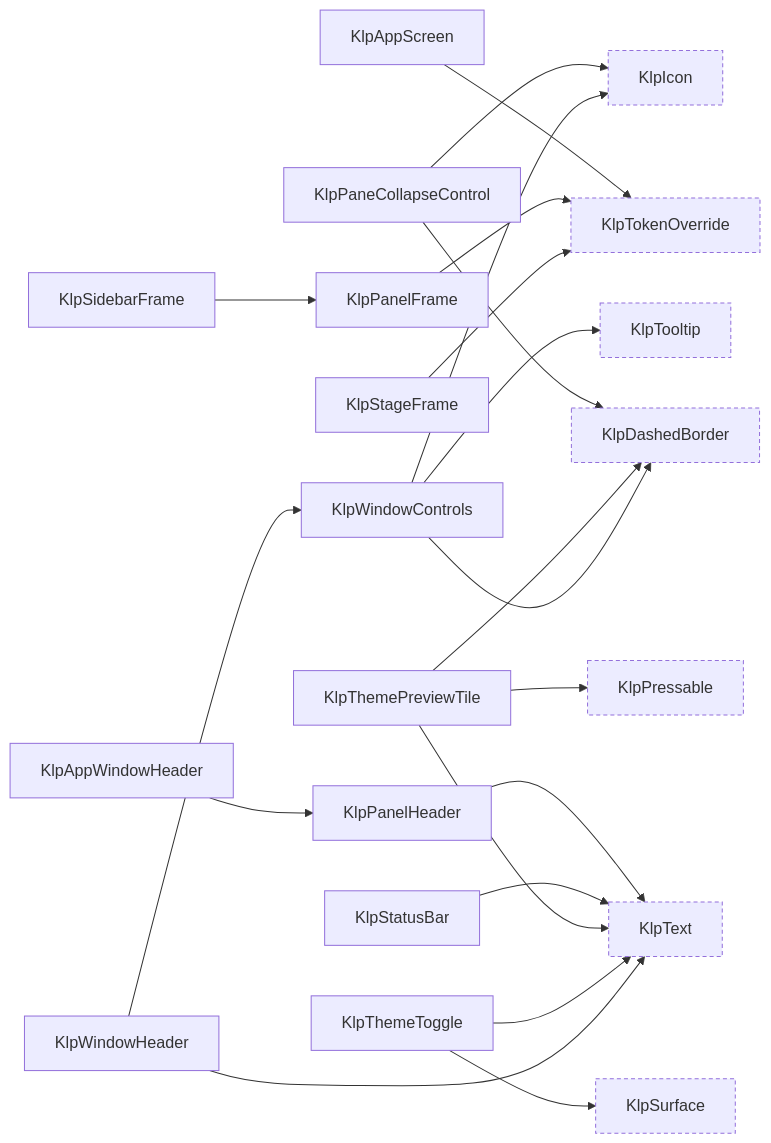
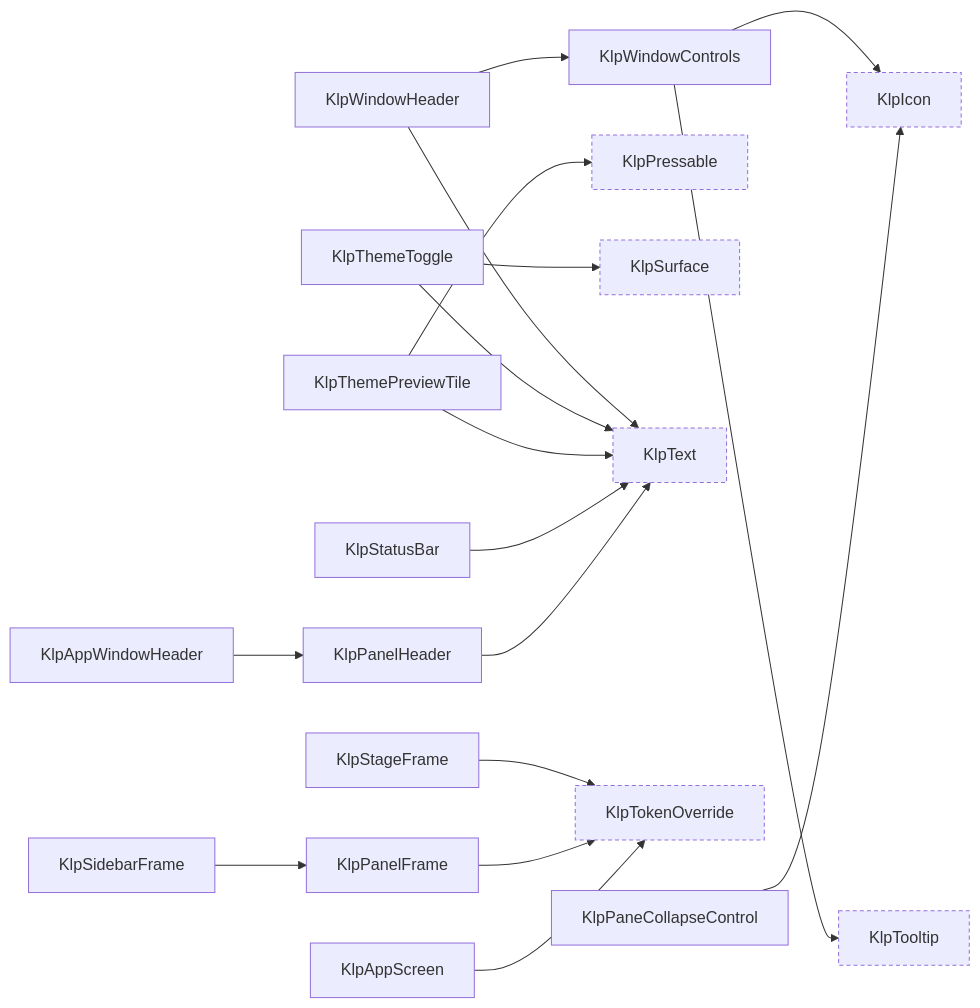
Before and after one commit to MiuDog/Kallopis: diagram 15 of 16 in spec/component-inventory.md, drawn with Mermaid. The commit also changed other lines of this file and 112 other files, not shown here.

````diff
--- a/spec/component-inventory.md
+++ b/spec/component-inventory.md
@@ -996,42 +1032,38 @@
 ```mermaid
 graph LR
   KlpAppScreen["KlpAppScreen"]
   KlpAppWindowHeader["KlpAppWindowHeader"]
-  KlpDashedBorder["KlpDashedBorder"]:::external
   KlpIcon["KlpIcon"]:::external
   KlpPaneCollapseControl["KlpPaneCollapseControl"]
   KlpPanelFrame["KlpPanelFrame"]
   KlpPanelHeader["KlpPanelHeader"]
   KlpPressable["KlpPressable"]:::external
   KlpSidebarFrame["KlpSidebarFrame"]
   KlpStageFrame["KlpStageFrame"]
   KlpStatusBar["KlpStatusBar"]
   KlpSurface["KlpSurface"]:::external
   KlpText["KlpText"]:::external
   KlpThemePreviewTile["KlpThemePreviewTile"]
   KlpThemeToggle["KlpThemeToggle"]
   KlpTokenOverride["KlpTokenOverride"]:::external
   KlpTooltip["KlpTooltip"]:::external
   KlpWindowControls["KlpWindowControls"]
   KlpWindowHeader["KlpWindowHeader"]
   KlpAppScreen --> KlpTokenOverride
   KlpAppWindowHeader --> KlpPanelHeader
-  KlpPaneCollapseControl --> KlpDashedBorder
   KlpPaneCollapseControl --> KlpIcon
   KlpPanelFrame --> KlpTokenOverride
   KlpPanelHeader --> KlpText
   KlpSidebarFrame --> KlpPanelFrame
   KlpStageFrame --> KlpTokenOverride
   KlpStatusBar --> KlpText
-  KlpThemePreviewTile --> KlpDashedBorder
   KlpThemePreviewTile --> KlpPressable
   KlpThemePreviewTile --> KlpText
   KlpThemeToggle --> KlpSurface
   KlpThemeToggle --> KlpText
-  KlpWindowControls --> KlpDashedBorder
   KlpWindowControls --> KlpIcon
   KlpWindowControls --> KlpTooltip
   KlpWindowHeader --> KlpText
   KlpWindowHeader --> KlpWindowControls
   classDef external stroke-dasharray: 4 3;
 ```
````
